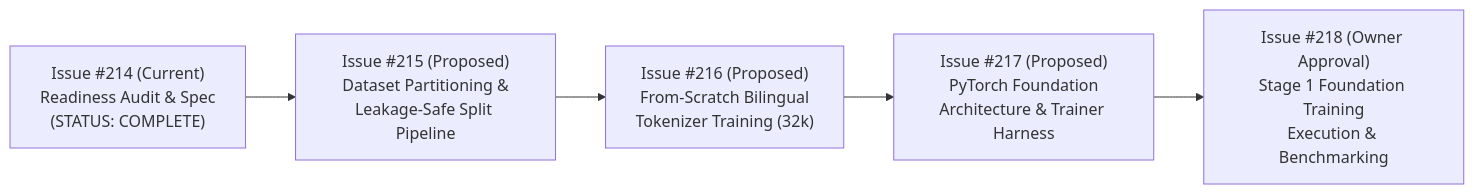
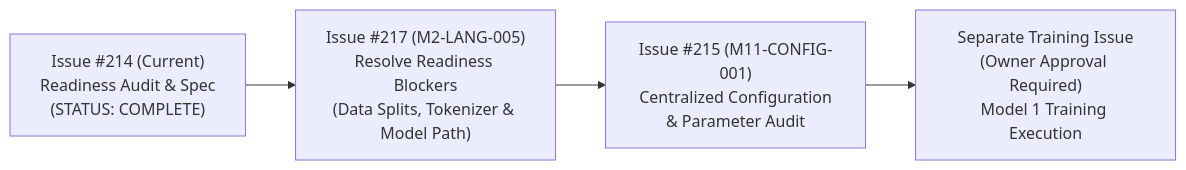
One commit to ntdev204/laris changed the second of 2 diagrams in docs/research/TRAINING_READINESS_AUDIT.md. Above: the diagram before and after it, drawn with Mermaid. The commit also changed other lines of this file and 2 other files, not shown here.

Commit message:
fix(language): reconcile readiness audit equations, gates, and target server labels (#214)

````diff
--- a/docs/research/TRAINING_READINESS_AUDIT.md
+++ b/docs/research/TRAINING_READINESS_AUDIT.md
@@ -233,7 +233,6 @@
 ```mermaid
 flowchart LR
-    I214["Issue #214 (Current)<br/>Readiness Audit & Spec<br/>(STATUS: COMPLETE)"] --> I215["Issue #215 (Proposed)<br/>Dataset Partitioning &<br/>Leakage-Safe Split Pipeline"]
-    I215 --> I216["Issue #216 (Proposed)<br/>From-Scratch Bilingual<br/>Tokenizer Training (32k)"]
-    I216 --> I217["Issue #217 (Proposed)<br/>PyTorch Foundation<br/>Architecture & Trainer Harness"]
-    I217 --> I218["Issue #218 (Owner Approval)<br/>Stage 1 Foundation Training<br/>Execution & Benchmarking"]
+    I214["Issue #214 (Current)<br/>Readiness Audit & Spec<br/>(STATUS: COMPLETE)"] --> I217["Issue #217 (M2-LANG-005)<br/>Resolve Readiness Blockers<br/>(Data Splits, Tokenizer & Model Path)"]
+    I217 --> I215["Issue #215 (M11-CONFIG-001)<br/>Centralized Configuration<br/>& Parameter Audit"]
+    I215 --> I_EXEC["Separate Training Issue<br/>(Owner Approval Required)<br/>Model 1 Training Execution"]
 ```
````
